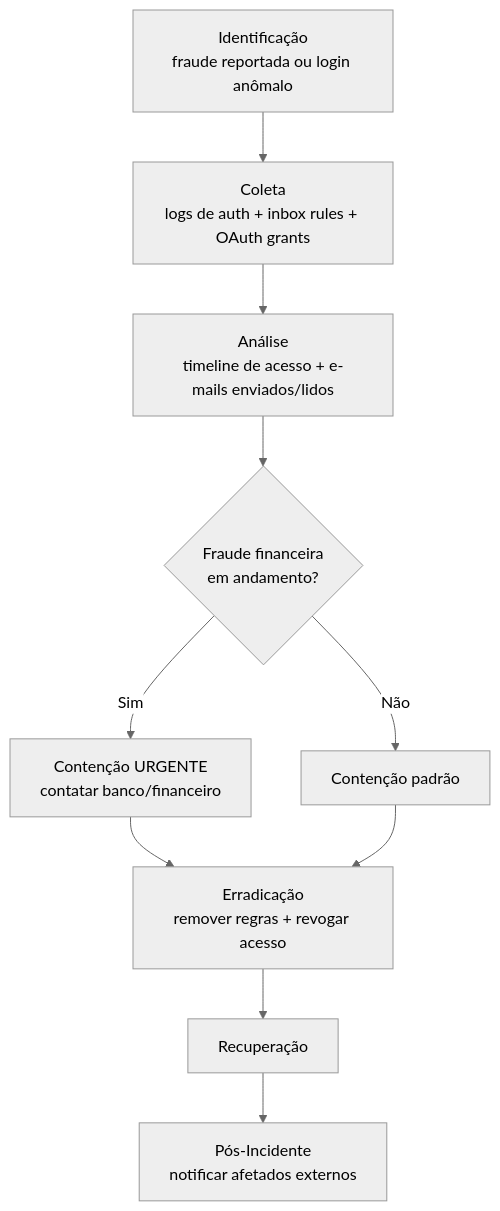
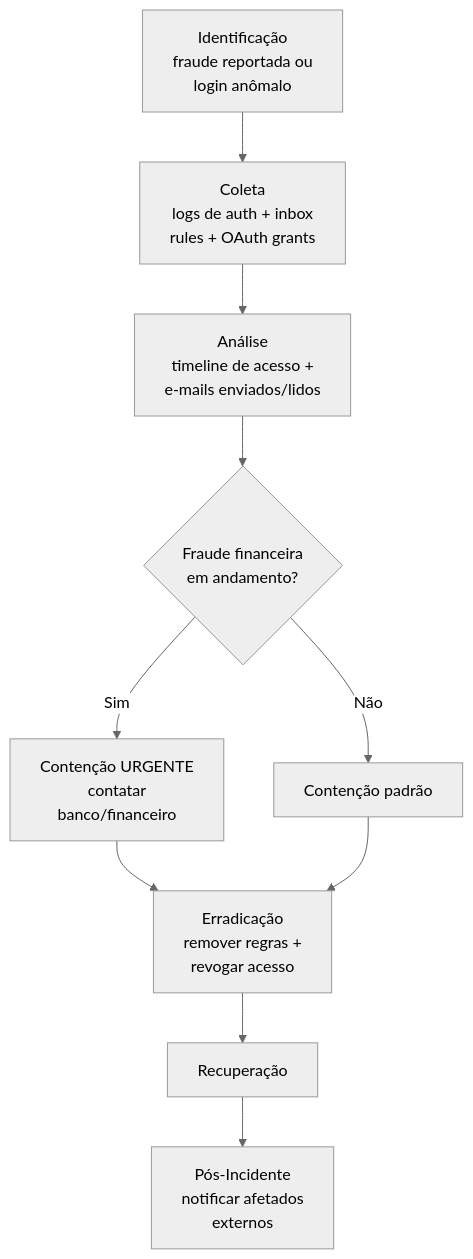
Before and after one commit to LuucasVerdun/Cyber-Attack-Analysis-Framework: the diagram in Attack-Categories/BEC/README.md, drawn with Mermaid (neutral theme). The commit also changed 28 other files, not shown here.

````diff
--- a/Attack-Categories/BEC/README.md
+++ b/Attack-Categories/BEC/README.md
@@ -45,12 +45,12 @@
 ```mermaid
 flowchart TD
-    A[Identificação<br/>fraude reportada ou login anômalo] --> B[Coleta<br/>logs de auth + inbox rules + OAuth grants]
-    B --> C[Análise<br/>timeline de acesso + e-mails enviados/lidos]
+    A[Identificação<br/>fraude reportada ou<br/>login anômalo] --> B[Coleta<br/>logs de auth + inbox<br/>rules + OAuth grants]
+    B --> C[Análise<br/>timeline de acesso +<br/>e-mails enviados/lidos]
     C --> D{Fraude financeira<br/>em andamento?}
-    D -->|Sim| E[Contenção URGENTE<br/>contatar banco/financeiro]
+    D -->|Sim| E[Contenção URGENTE<br/>contatar<br/>banco/financeiro]
     D -->|Não| F[Contenção padrão]
-    E --> G[Erradicação<br/>remover regras + revogar acesso]
+    E --> G[Erradicação<br/>remover regras +<br/>revogar acesso]
     F --> G
     G --> H[Recuperação]
-    H --> I[Pós-Incidente<br/>notificar afetados externos]
+    H --> I[Pós-Incidente<br/>notificar afetados<br/>externos]
 ```
````
